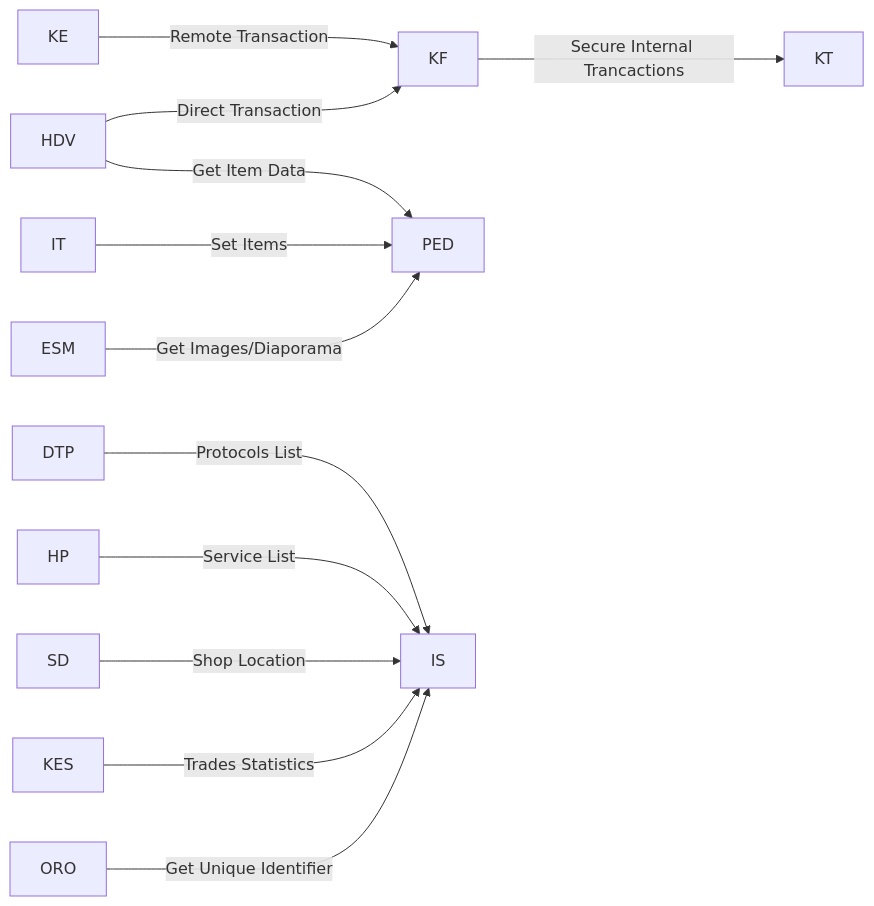
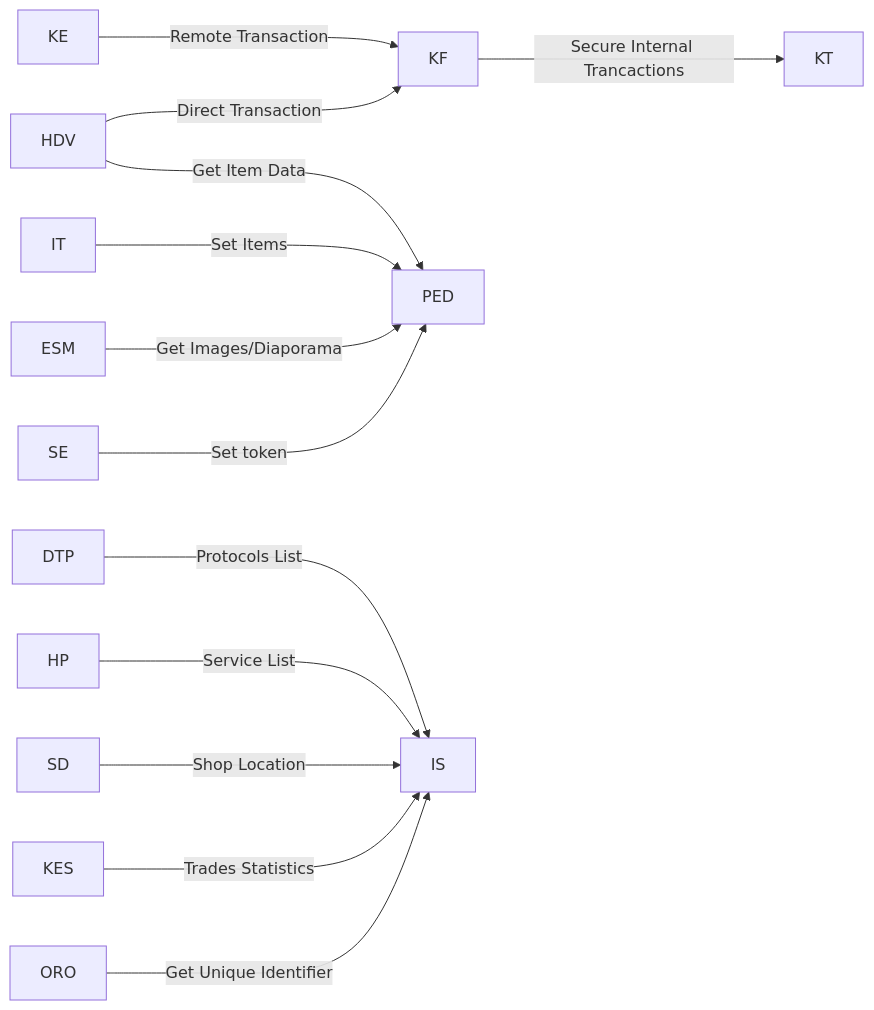
One commit to golemax/SwitchCraft-ENC-Programs changed the diagram in README.md. Above: the diagram before and after it, drawn with Mermaid. The commit also changed other lines of this file, not shown here.

````diff
--- a/README.md
+++ b/README.md
@@ -41,14 +43,15 @@
 ```mermaid
 flowchart LR
 KF-- Secure Internal Trancactions --->KT
 KE-- Remote Transaction --->KF
 HDV -- Direct Transaction --->KF
 HDV-- Get Item Data --->PED
 IT-- Set Items --->PED
 ESM-- Get Images/Diaporama --->PED
+SE-- Set token --->PED
 DTP-- Protocols List --->IS
 HP-- Service List --->IS
 SD-- Shop Location ---> IS
 KES-- Trades Statistics ---> IS
 ORO-- Get Unique Identifier ---> IS
 ```
````
